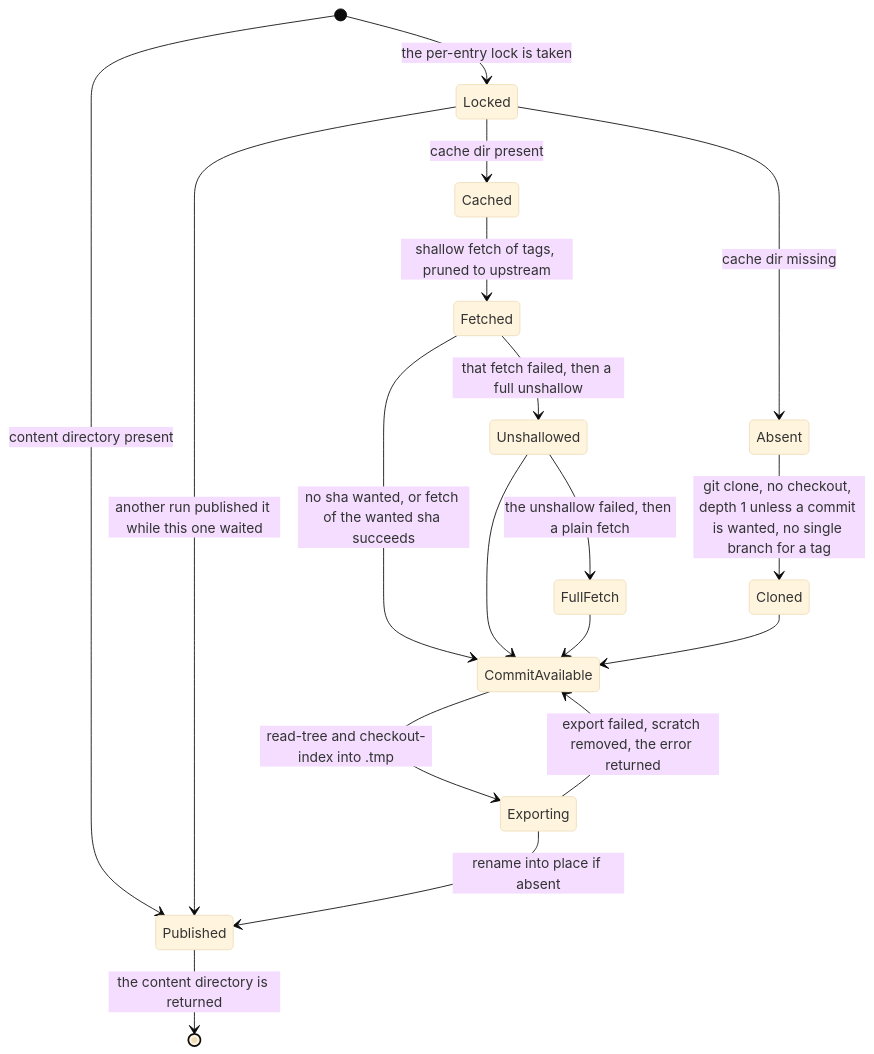
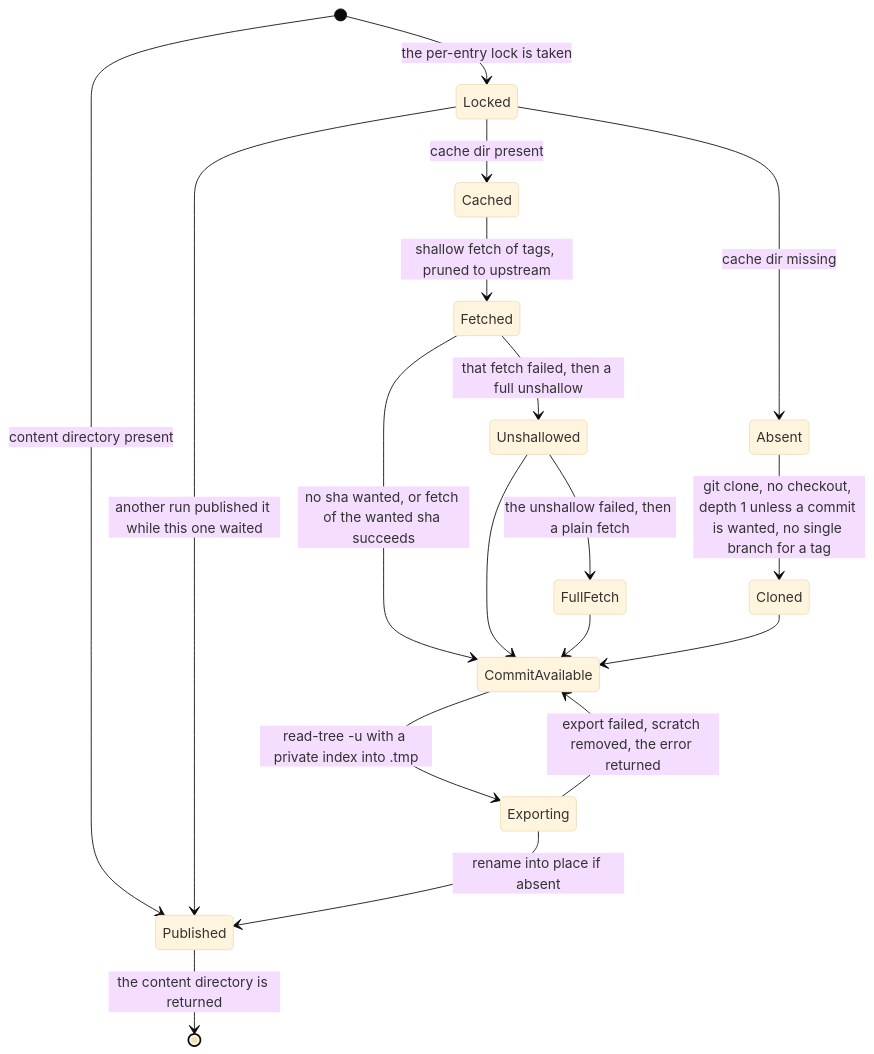
Before and after one commit to haowjy/mars-agents: the first of 2 diagrams in src/source/.context/state-machines.md, drawn with Mermaid (base theme). The commit also changed other lines of this file and 2 other files, not shown here.

First line of the commit message:
fix: export a commit through a private index

````diff
--- a/src/source/.context/state-machines.md
+++ b/src/source/.context/state-machines.md
@@ -19,20 +19,20 @@
 ```mermaid
 stateDiagram-v2
   [*] --> Published: content directory present
   [*] --> Locked: the per-entry lock is taken
   Locked --> Published: another run published it while this one waited
   Locked --> Absent: cache dir missing
   Locked --> Cached: cache dir present
   Absent --> Cloned: git clone, no checkout, depth 1 unless a commit is wanted, no single branch for a tag
   Cached --> Fetched: shallow fetch of tags, pruned to upstream
   Fetched --> CommitAvailable: no sha wanted, or fetch of the wanted sha succeeds
   Fetched --> Unshallowed: that fetch failed, then a full unshallow
   Unshallowed --> CommitAvailable
   Unshallowed --> FullFetch: the unshallow failed, then a plain fetch
   FullFetch --> CommitAvailable
   Cloned --> CommitAvailable
-  CommitAvailable --> Exporting: read-tree and checkout-index into <key>.tmp
+  CommitAvailable --> Exporting: read-tree -u with a private index into <key>.tmp
   Exporting --> Published: rename into place if absent
   Exporting --> CommitAvailable: export failed, scratch removed, the error returned
   Published --> [*]: the content directory is returned
 ```
````
